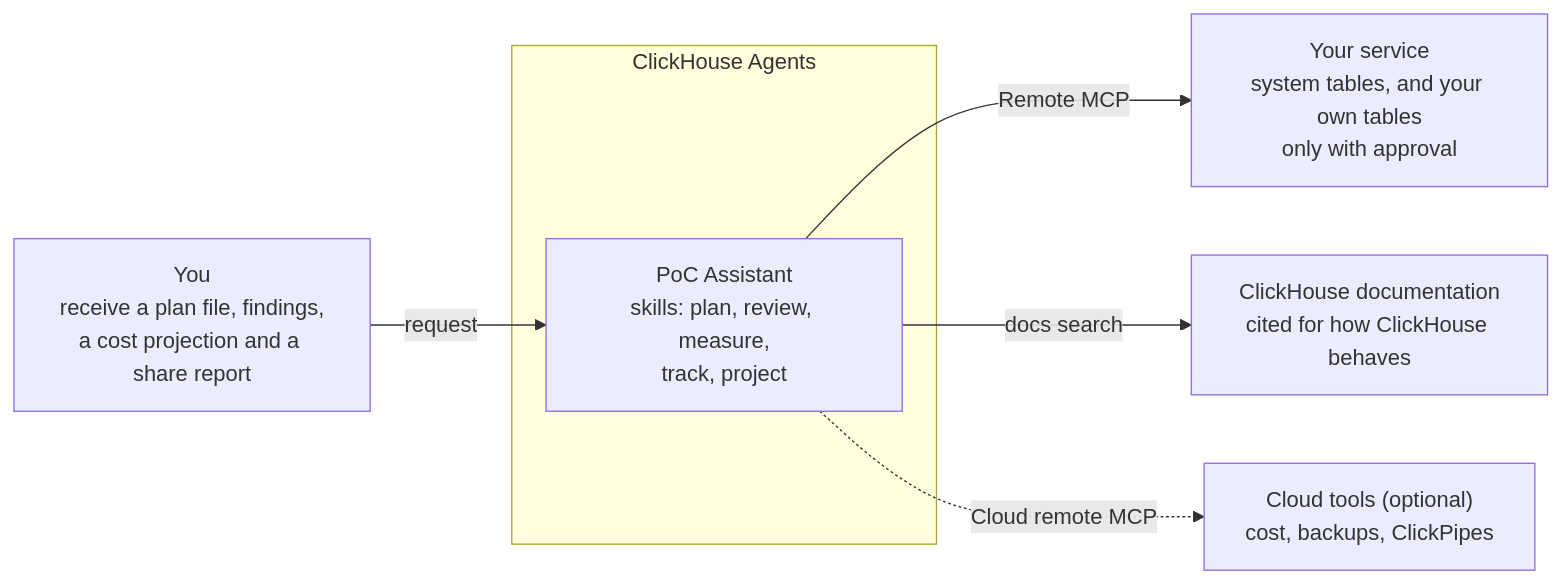
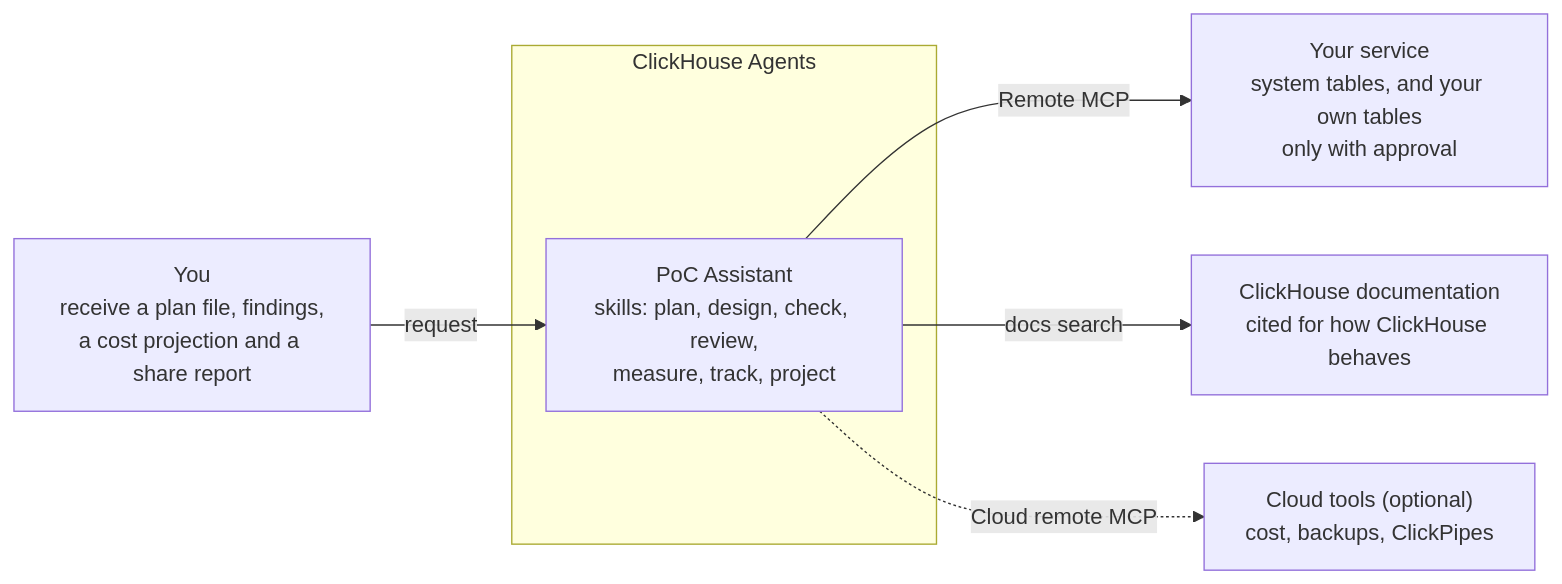
Before and after one commit to tkykenmt-at-ch/clickhouse-poc-assistant: the diagram in README.md, drawn with Mermaid. The commit also changed other lines of this file and 62 other files, not shown here.

First line of the commit message:
Add design and check stages (#4)

````diff
--- a/README.md
+++ b/README.md
@@ -53,14 +57,14 @@
 ```mermaid
 flowchart LR
     U["You<br/>receive a plan file, findings,<br/>a cost projection and a share report"]
     subgraph AG["ClickHouse Agents"]
-        A["PoC Assistant<br/>skills: plan, review, measure,<br/>track, project"]
+        A["PoC Assistant<br/>skills: plan, design, check, review,<br/>measure, track, project"]
     end
     SVC["Your service<br/>system tables, and your own tables<br/>only with approval"]
     D["ClickHouse documentation<br/>cited for how ClickHouse behaves"]
     C["Cloud tools (optional)<br/>cost, backups, ClickPipes"]
     U -- "request" --> A
     A -- "Remote MCP" --> SVC
     A -- "docs search" --> D
     A -. "Cloud remote MCP" .-> C
 ```
````
